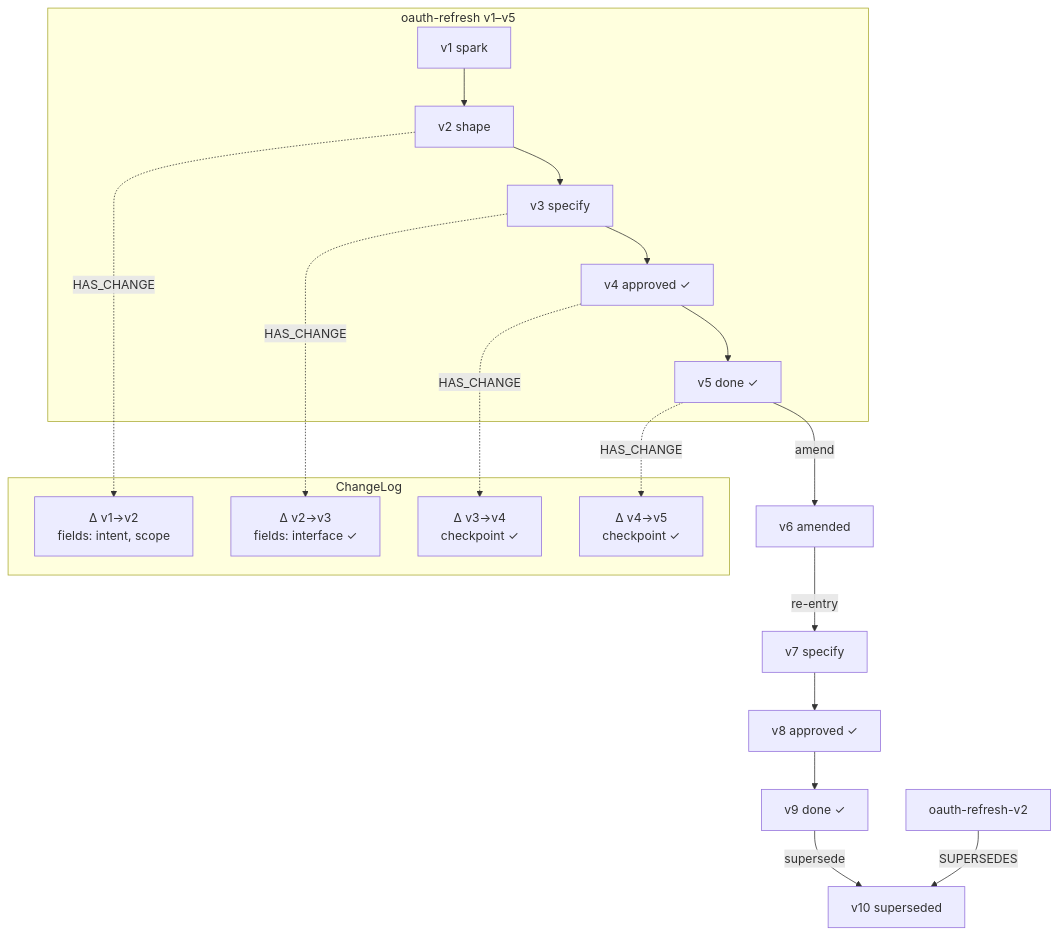
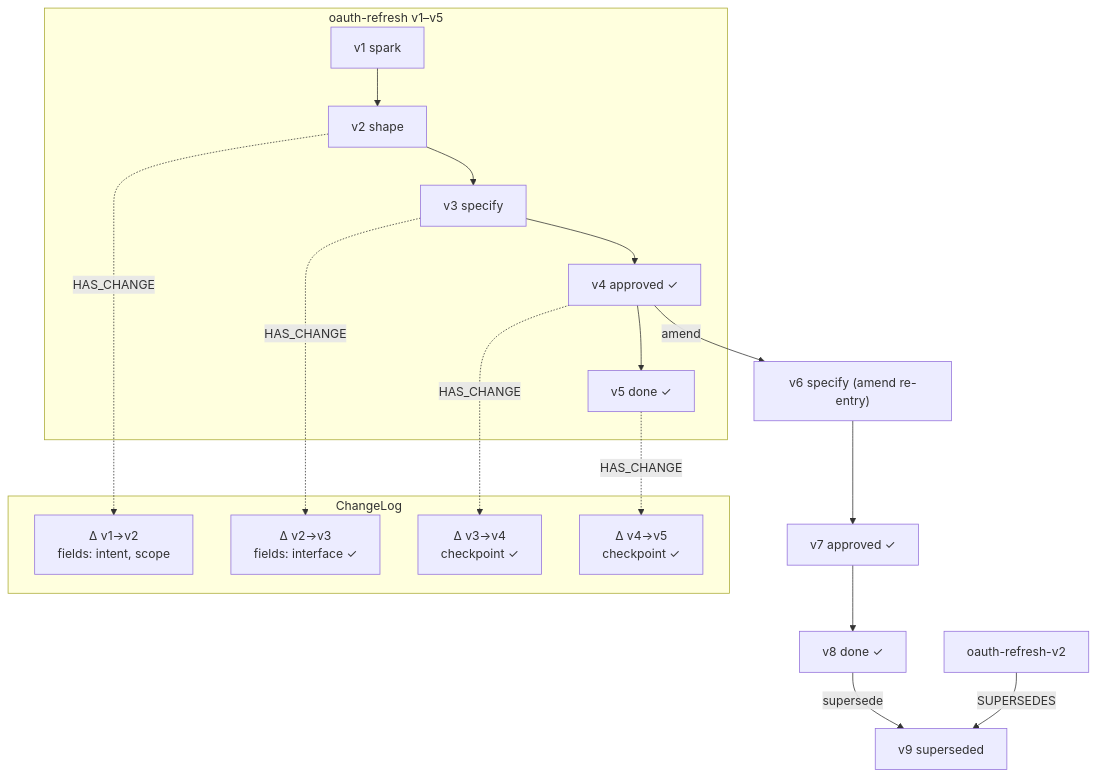
Before and after one commit to specgraph/specgraph: the second of 2 diagrams in site/docs/concepts/specs.md, drawn with Mermaid. The commit also changed other lines of this file and 6 other files, not shown here.

First line of the commit message:
docs(site): rewrite lifecycle docs for amend/supersede inversion

````diff
--- a/site/docs/concepts/specs.md
+++ b/site/docs/concepts/specs.md
@@ -153,29 +153,28 @@
 ```mermaid
 graph TD
     subgraph Spec["oauth-refresh v1–v5"]
         V1["v1 spark"] --> V2["v2 shape"]
         V2 --> V3["v3 specify"]
         V3 --> V4["v4 approved ✓"]
         V4 --> V5["v5 done ✓"]
     end
 
     subgraph CL["ChangeLog"]
         C1["Δ v1→v2<br/>fields: intent, scope"]
         C2["Δ v2→v3<br/>fields: interface ✓"]
         C3["Δ v3→v4<br/>checkpoint ✓"]
         C4["Δ v4→v5<br/>checkpoint ✓"]
     end
 
     V2 -.->|HAS_CHANGE| C1
     V3 -.->|HAS_CHANGE| C2
     V4 -.->|HAS_CHANGE| C3
     V5 -.->|HAS_CHANGE| C4
 
-    V5 -->|amend| A["v6 amended"]
-    A -->|re-entry| V7["v7 specify"]
-    V7 --> V8["v8 approved ✓"]
-    V8 --> V9["v9 done ✓"]
+    V4 -->|amend| A["v6 specify (amend re-entry)"]
+    A --> V8["v7 approved ✓"]
+    V8 --> V9["v8 done ✓"]
 
-    V9 -->|supersede| S["v10 superseded"]
+    V9 -->|supersede| S["v9 superseded"]
     NEW["oauth-refresh-v2"] -->|SUPERSEDES| S
 ```
````
